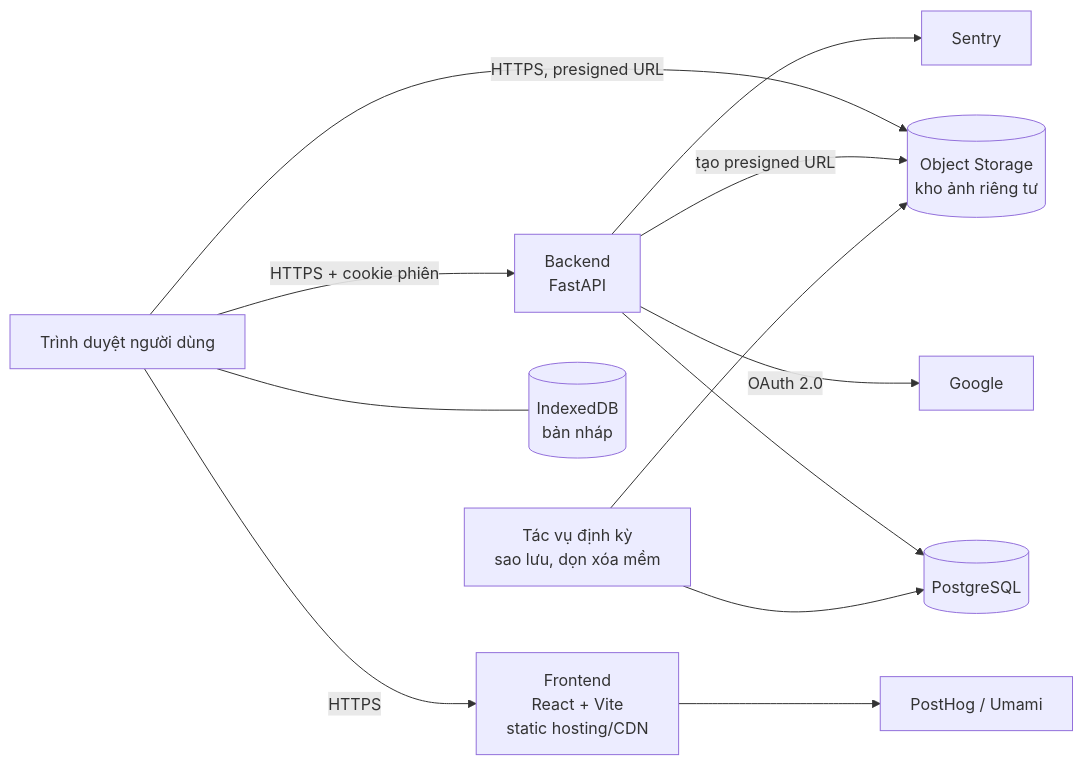
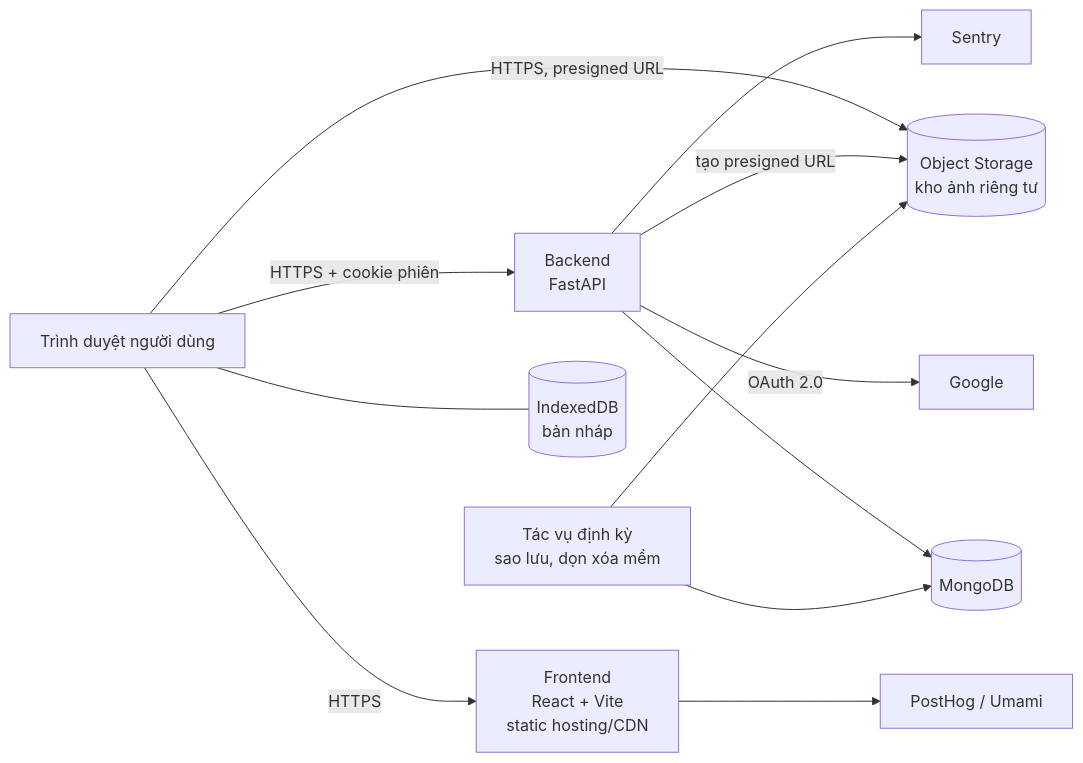
One commit to Nha-Cong-Dong/DailyDiary changed the diagram in docs/Project_Specs.md. Above: the diagram before and after it, drawn with Mermaid. The commit also changed other lines of this file and 68 other files, not shown here.

````diff
--- a/docs/Project_Specs.md
+++ b/docs/Project_Specs.md
@@ -247,14 +247,14 @@
 ```mermaid
 flowchart LR
     U[Trình duyệt người dùng] -->|HTTPS| FE[Frontend<br/>React + Vite<br/>static hosting/CDN]
     U -->|HTTPS + cookie phiên| API[Backend<br/>FastAPI]
     U -->|HTTPS, presigned URL| S3[(Object Storage<br/>kho ảnh riêng tư)]
     U --- IDB[(IndexedDB<br/>bản nháp)]
     API -->|OAuth 2.0| G[Google]
-    API --> DB[(PostgreSQL)]
+    API --> DB[(MongoDB)]
     API -->|tạo presigned URL| S3
     API --> SEN[Sentry]
     FE --> AN[PostHog / Umami]
     BK[Tác vụ định kỳ<br/>sao lưu, dọn xóa mềm] --> DB
     BK --> S3
 ```
````
